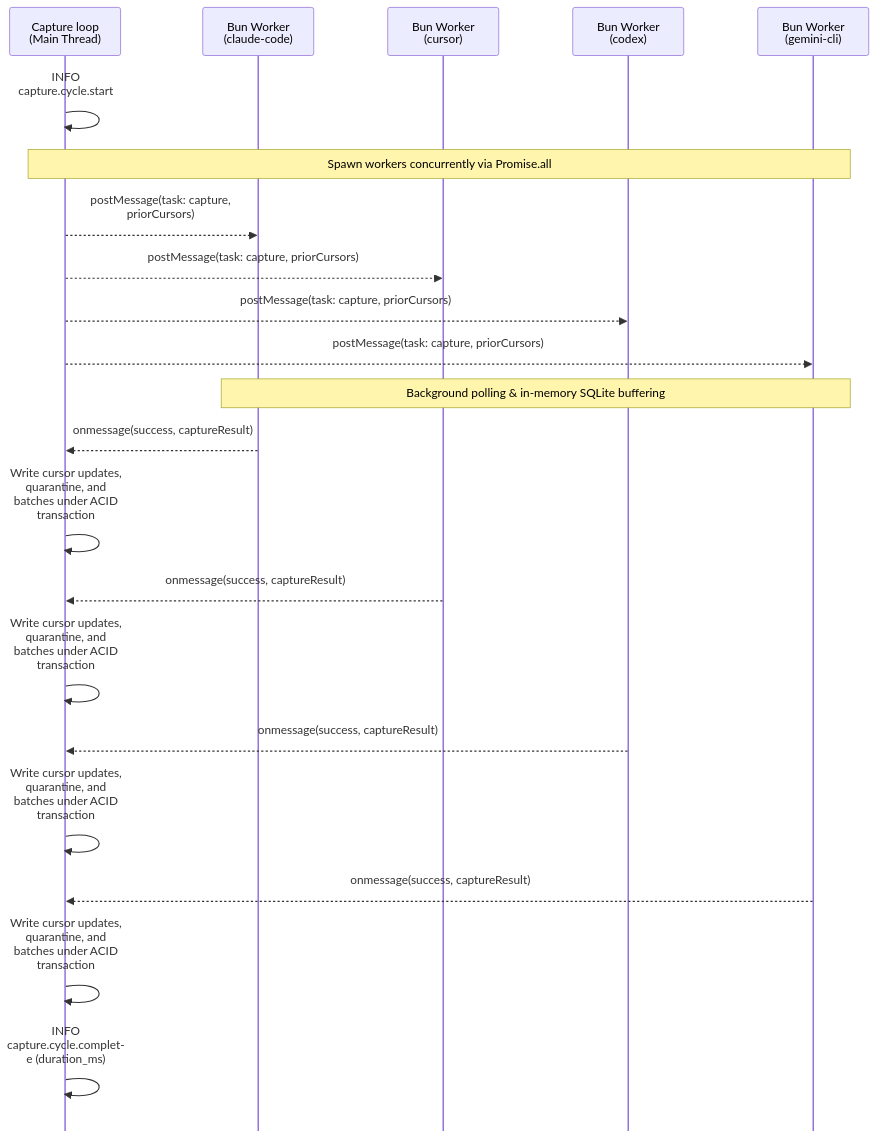
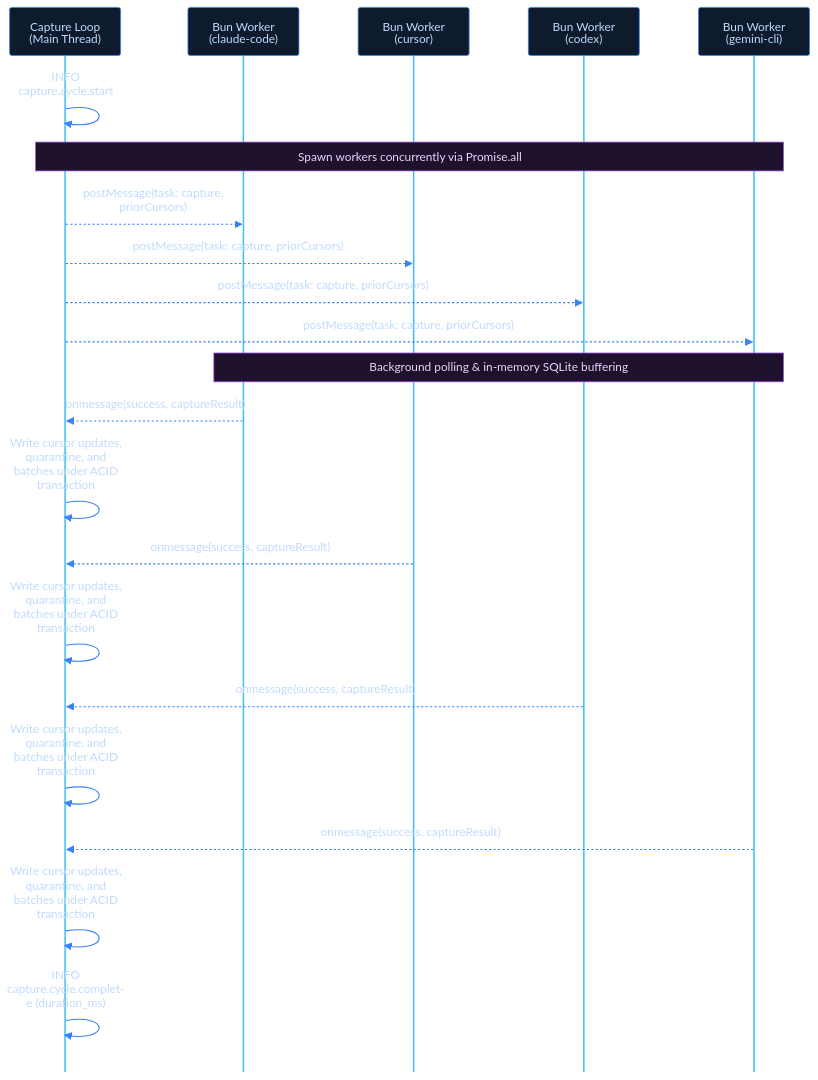
The second of 2 diagrams in docs/04-daemon-loops/4.1-capture-cycle.md (proxai/proxai_gateway), drawn with Mermaid before and after one commit. The commit also changed other lines of this file and 65 other files, not shown here.

````diff
--- a/docs/04-daemon-loops/4.1-capture-cycle.md
+++ b/docs/04-daemon-loops/4.1-capture-cycle.md
@@ -213,25 +245,26 @@
 ```mermaid
-%%{init: {'flowchart': {'useMaxWidth': false, 'htmlLabels': true, 'curve': 'basis', 'nodeSpacing': 60, 'rankSpacing': 80, 'padding': 20}, 'sequence': {'useMaxWidth': false, 'mirrorActors': false, 'actorMargin': 100, 'messageMargin': 50, 'boxMargin': 20, 'wrap': true}, 'stateDiagram': {'useMaxWidth': false, 'nodeSpacing': 60, 'rankSpacing': 80}, 'themeVariables': {'fontSize': '15px'}}}%%
+%%{init: { 'sequence': { 'useMaxWidth': false, 'mirrorActors': false, 'actorMargin': 80, 'messageMargin': 40, 'boxMargin': 15, 'wrap': true }, 'theme': 'base', 'themeVariables': { 'background': '#070f19', 'actorBkg': '#0d1b2d', 'actorBorder': '#3b82f6', 'actorTextColor': '#bfdbfe', 'actorLineColor': '#38bdf8', 'signalColor': '#3b82f6', 'signalTextColor': '#bfdbfe', 'noteBkgColor': '#1e112c', 'noteBorderColor': '#a855f7', 'noteTextColor': '#e9d5ff', 'boxBkgColor': '#0a201b', 'boxBorderColor': '#10b981', 'boxTextColor': '#b3f5e6', 'fontSize': '14px' } }}%%
 sequenceDiagram
-  participant C as Capture loop (Main Thread)
+  participant C as Capture Loop (Main Thread)
   participant W1 as Bun Worker (claude-code)
   participant W2 as Bun Worker (cursor)
   participant W3 as Bun Worker (codex)
   participant W4 as Bun Worker (gemini-cli)
+  
   C->>C: INFO capture.cycle.start
   Note over C,W4: Spawn workers concurrently via Promise.all
   C-->>W1: postMessage(task: capture, priorCursors)
   C-->>W2: postMessage(task: capture, priorCursors)
   C-->>W3: postMessage(task: capture, priorCursors)
   C-->>W4: postMessage(task: capture, priorCursors)
   Note over W1,W4: Background polling & in-memory SQLite buffering
   W1-->>C: onmessage(success, captureResult)
   C->>C: Write cursor updates, quarantine, and batches under ACID transaction
   W2-->>C: onmessage(success, captureResult)
   C->>C: Write cursor updates, quarantine, and batches under ACID transaction
   W3-->>C: onmessage(success, captureResult)
   C->>C: Write cursor updates, quarantine, and batches under ACID transaction
   W4-->>C: onmessage(success, captureResult)
   C->>C: Write cursor updates, quarantine, and batches under ACID transaction
   C->>C: INFO capture.cycle.complete (duration_ms)
 ```
````
